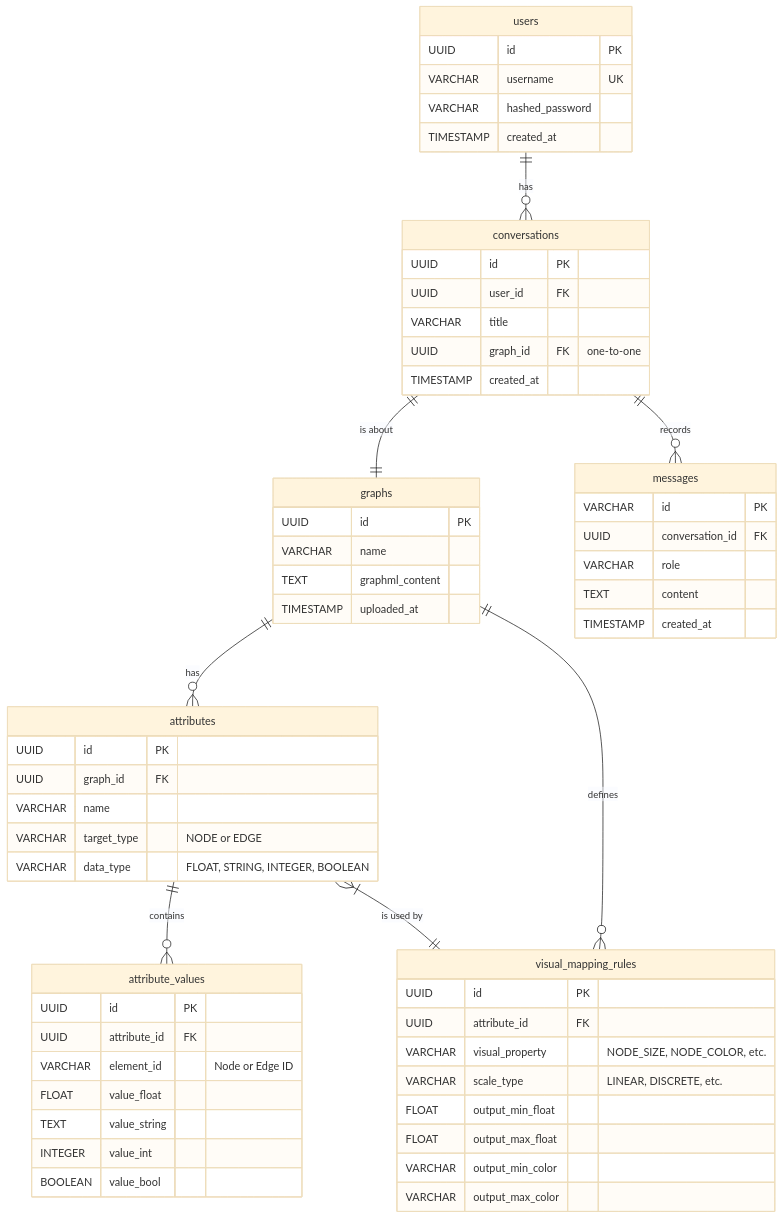
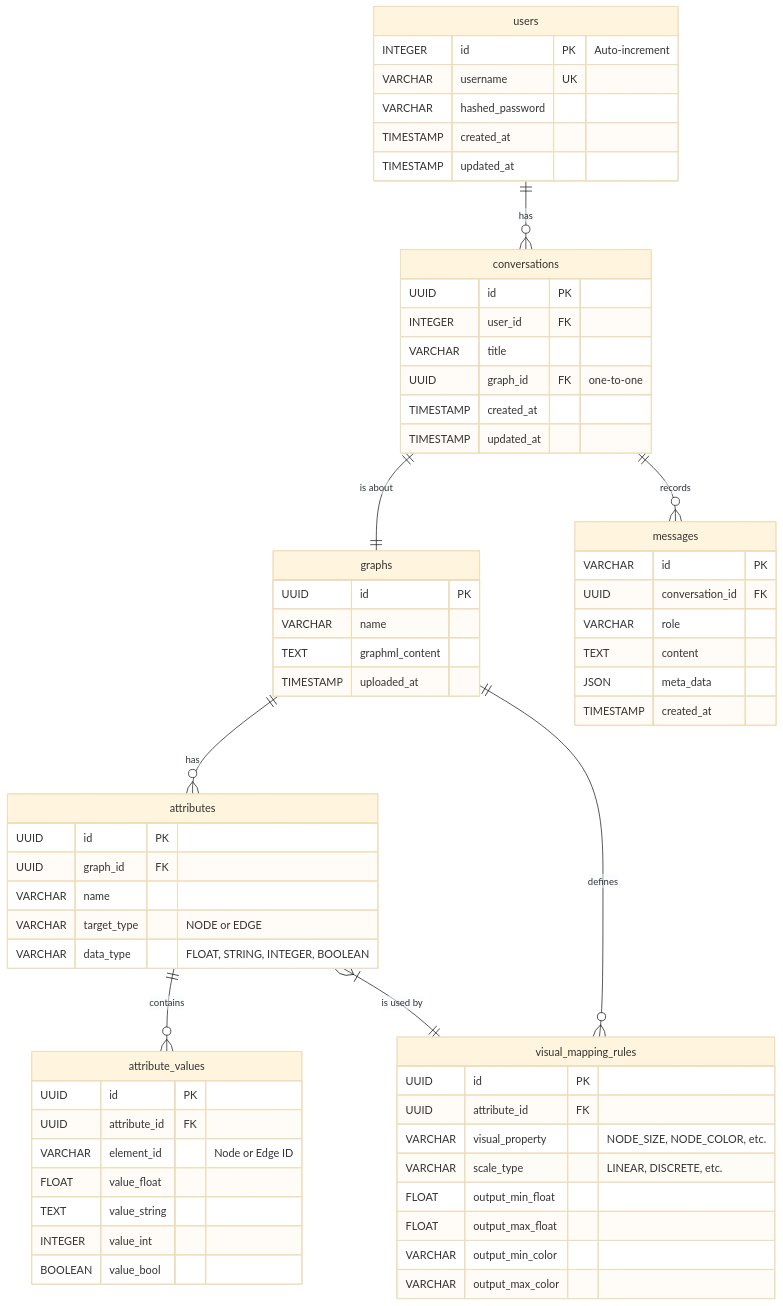
The diagram in specification/database-schema.md (vdslab/LLMGraphvis), drawn with Mermaid (base theme) before and after one commit. The commit also changed other lines of this file and 2 other files, not shown here.

Commit message:
docs: Align specification documents with implementation details

````diff
--- a/specification/database-schema.md
+++ b/specification/database-schema.md
@@ -23,69 +23,72 @@
 ```mermaid
 erDiagram
     users ||--o{ conversations : "has"
     conversations ||--|| graphs : "is about"
     conversations ||--o{ messages : "records"
     graphs ||--o{ attributes : "has"
     attributes ||--o{ attribute_values : "contains"
     graphs ||--o{ visual_mapping_rules : "defines"
     attributes }|--|| visual_mapping_rules : "is used by"
 
     users {
-        UUID id PK
+        INTEGER id PK "Auto-increment"
         VARCHAR username UK
         VARCHAR hashed_password
         TIMESTAMP created_at
+        TIMESTAMP updated_at
     }
 
     conversations {
         UUID id PK
-        UUID user_id FK
+        INTEGER user_id FK
         VARCHAR title
         UUID graph_id FK "one-to-one"
         TIMESTAMP created_at
+        TIMESTAMP updated_at
     }
 
     graphs {
         UUID id PK
         VARCHAR name
         TEXT graphml_content
         TIMESTAMP uploaded_at
     }
 
     messages {
         VARCHAR id PK
         UUID conversation_id FK
         VARCHAR role
         TEXT content
+        JSON meta_data
         TIMESTAMP created_at
     }
 
     attributes {
         UUID id PK
         UUID graph_id FK
         VARCHAR name
         VARCHAR target_type "NODE or EDGE"
         VARCHAR data_type "FLOAT, STRING, INTEGER, BOOLEAN"
     }
 
     attribute_values {
         UUID id PK
         UUID attribute_id FK
         VARCHAR element_id "Node or Edge ID"
         FLOAT value_float
         TEXT value_string
         INTEGER value_int
         BOOLEAN value_bool
     }
 
     visual_mapping_rules {
         UUID id PK
         UUID attribute_id FK
         VARCHAR visual_property "NODE_SIZE, NODE_COLOR, etc."
         VARCHAR scale_type "LINEAR, DISCRETE, etc."
         FLOAT output_min_float
         FLOAT output_max_float
         VARCHAR output_min_color
         VARCHAR output_max_color
     }
 ```
````
